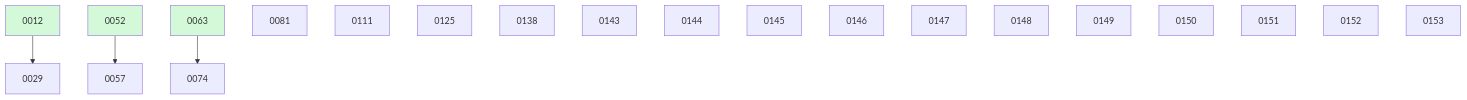
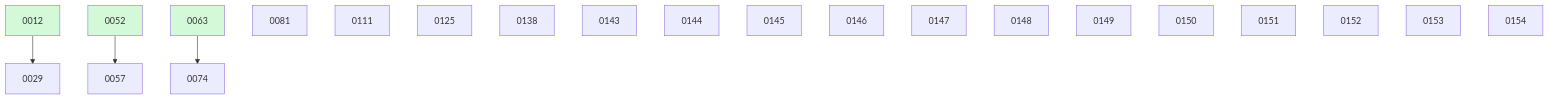
One commit to ethanhinson/fuse changed the diagram in docs/changes/BOARD.md. Above: the diagram before and after it, drawn with Mermaid. The commit also changed other lines of this file and 1 other file, not shown here.

````diff
--- a/docs/changes/BOARD.md
+++ b/docs/changes/BOARD.md
@@ -43,25 +44,26 @@
 ```mermaid
 graph TD
   0012 --> 0029
   0052 --> 0057
   0063 --> 0074
   0081
   0111
   0125
   0138
   0143
   0144
   0145
   0146
   0147
   0148
   0149
   0150
   0151
   0152
   0153
+  0154
   0012:::done
   0052:::done
   0063:::done
   classDef done fill:#d3f9d8;
 ```
````
